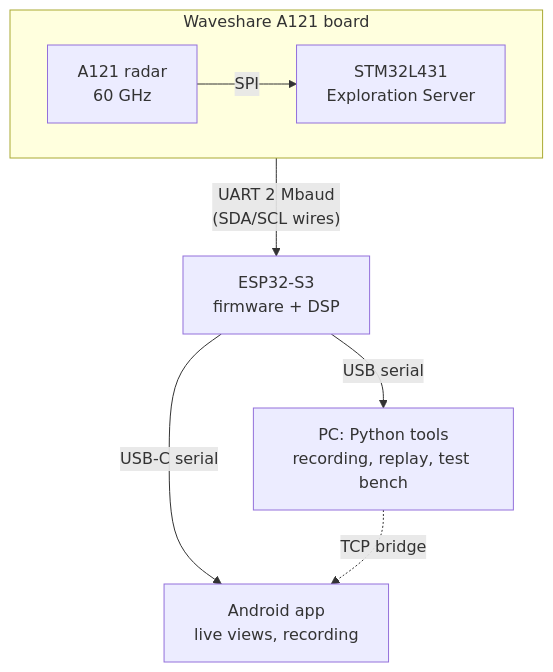
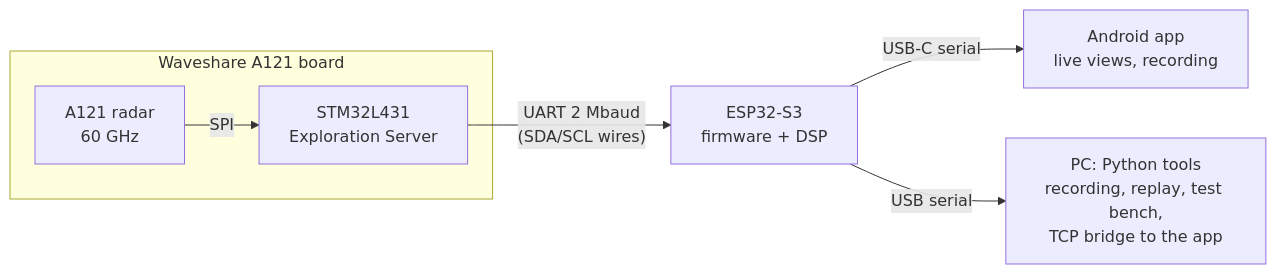
One commit to juvenile454/radar-sensor changed the diagram in README.md. Above: the diagram before and after it, drawn with Mermaid.

Commit message:
README: compact flow diagram (four columns, bridge noted in the PC box)

````diff
--- a/README.md
+++ b/README.md
@@ -68,11 +68,9 @@
 ```mermaid
-flowchart TB
+flowchart LR
     subgraph board["Waveshare A121 board"]
-        direction LR
         A121["A121 radar<br/>60 GHz"] -- SPI --> STM["STM32L431<br/>Exploration Server"]
     end
     STM -- "UART 2 Mbaud<br/>(SDA/SCL wires)" --> ESP["ESP32-S3<br/>firmware + DSP"]
     ESP -- "USB-C serial" --> APP["Android app<br/>live views, recording"]
-    ESP -- "USB serial" --> PC["PC: Python tools<br/>recording, replay, test bench"]
-    PC -. "TCP bridge" .-> APP
+    ESP -- "USB serial" --> PC["PC: Python tools<br/>recording, replay, test bench,<br/>TCP bridge to the app"]
 ```
````
